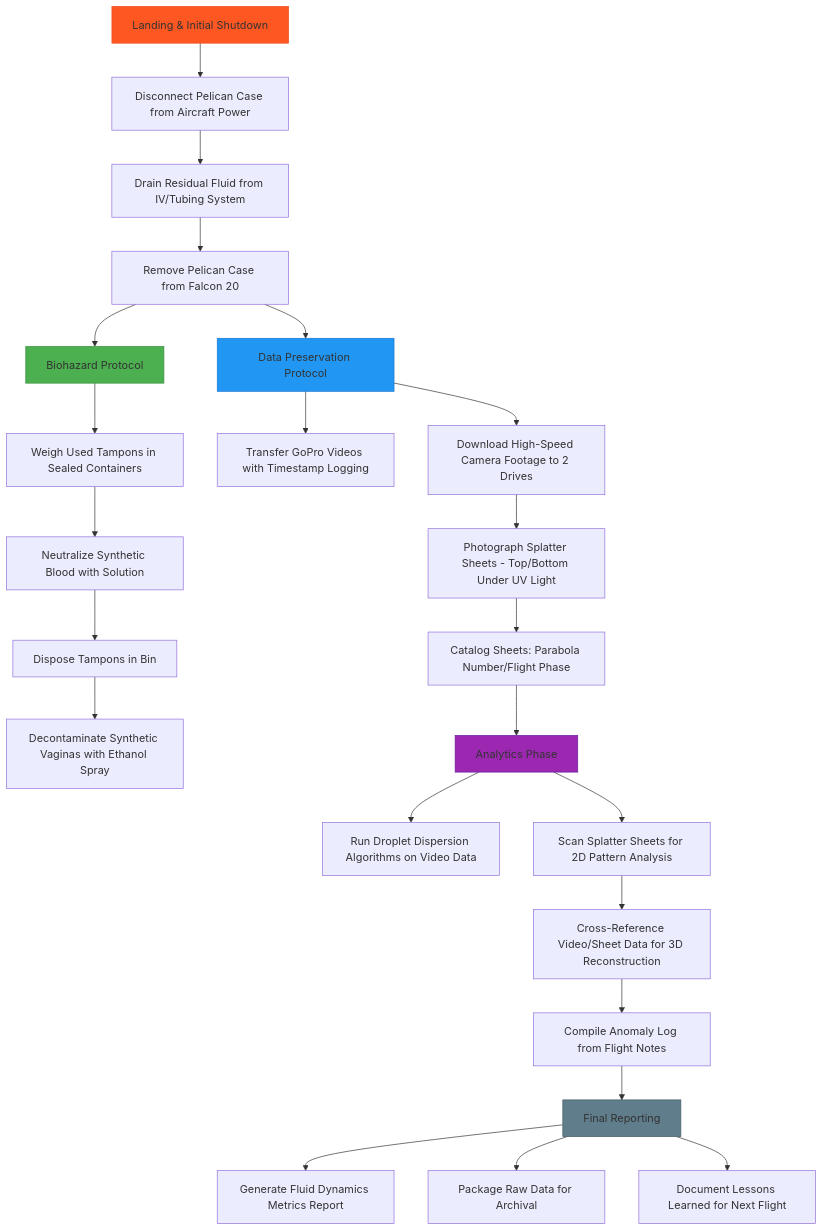
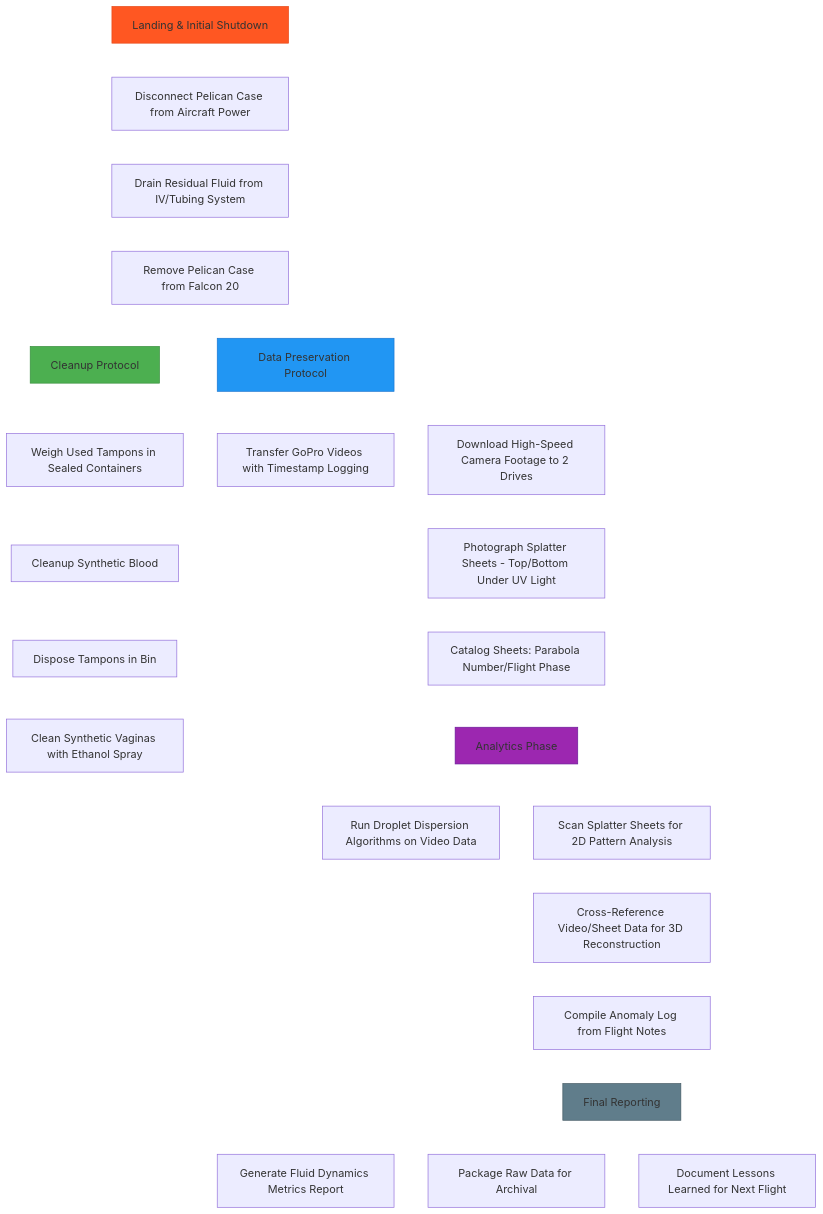
One commit to Birdbh/SPACE-MENs changed the third of 3 diagrams in FlightProcedures.md. Above: the diagram before and after it, drawn with Mermaid.

````diff
--- a/FlightProcedures.md
+++ b/FlightProcedures.md
@@ -77,35 +77,37 @@
 ```mermaid
 graph TD
     A[Landing & Initial Shutdown] --> A1[Disconnect Pelican Case from Aircraft Power]
     A1 --> A2[Drain Residual Fluid from IV/Tubing System]
     A2 --> A3[Remove Pelican Case from Falcon 20]
 
     A3 --> B[Data Preservation Protocol]
     B --> B1[Download High-Speed Camera Footage to 2 Drives]
     B --> B2[Transfer GoPro Videos with Timestamp Logging]
     B1 --> B3[Photograph Splatter Sheets - Top/Bottom Under UV Light]
     B3 --> B4[Catalog Sheets: Parabola Number/Flight Phase]
 
-    A3 --> C[Biohazard Protocol]
+    A3 --> C[Cleanup Protocol]
     C --> C1[Weigh Used Tampons in Sealed Containers]
-    C1 --> C2[Neutralize Synthetic Blood with Solution]
+    C1 --> C2[Cleanup Synthetic Blood]
     C2 --> C3[Dispose Tampons in  Bin]
-    C3 --> C4[Decontaminate Synthetic Vaginas with Ethanol Spray]
+    C3 --> C4[Clean Synthetic Vaginas with Ethanol Spray]
 
     B4 --> D[Analytics Phase]
     D --> D1[Run Droplet Dispersion Algorithms on Video Data]
     D --> D2[Scan Splatter Sheets for 2D Pattern Analysis]
     D2 --> D3[Cross-Reference Video/Sheet Data for 3D Reconstruction]
     D3 --> D4[Compile Anomaly Log from Flight Notes]
 
     D4 --> E[Final Reporting]
     E --> E1[Generate Fluid Dynamics Metrics Report]
     E --> E2[Package Raw Data for Archival]
     E --> E3[Document Lessons Learned for Next Flight]
 
     style A fill:#FF5722,stroke:#E64A19
     style B fill:#2196F3,stroke:#1976D2
     style C fill:#4CAF50,stroke:#388E3C
     style D fill:#9C27B0,stroke:#6A1B9A
     style E fill:#607D8B,stroke:#455A64
+
+    linkStyle default stroke:#FFFFFF,stroke-width:2px
 ```
````
